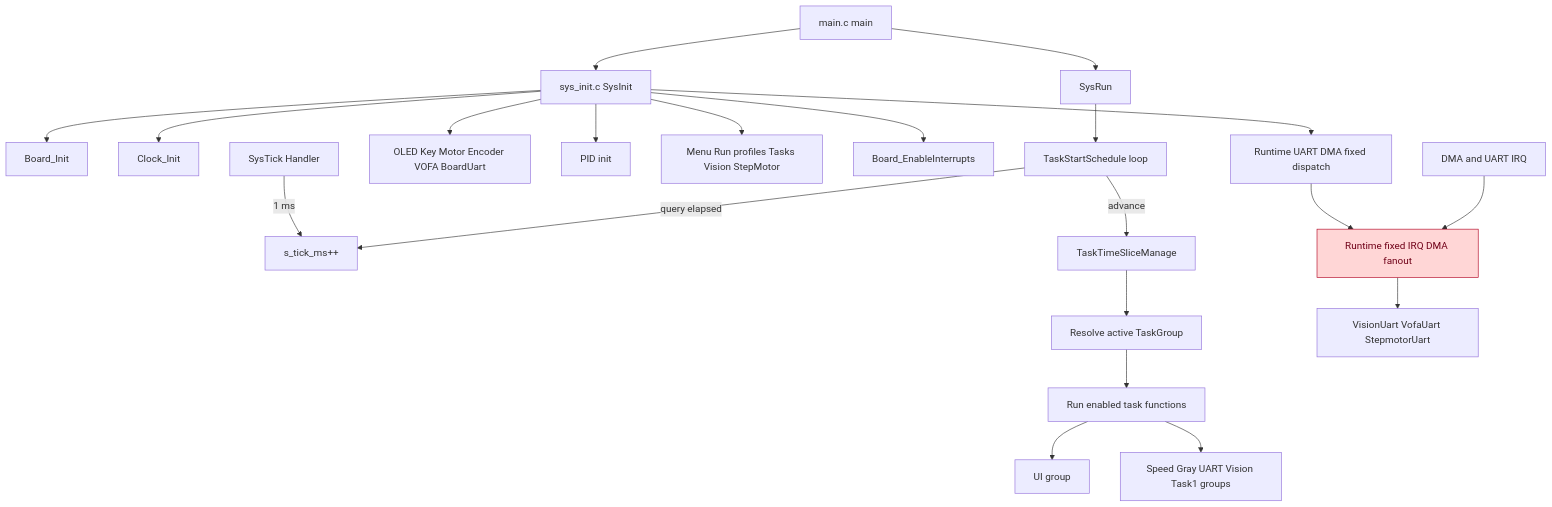
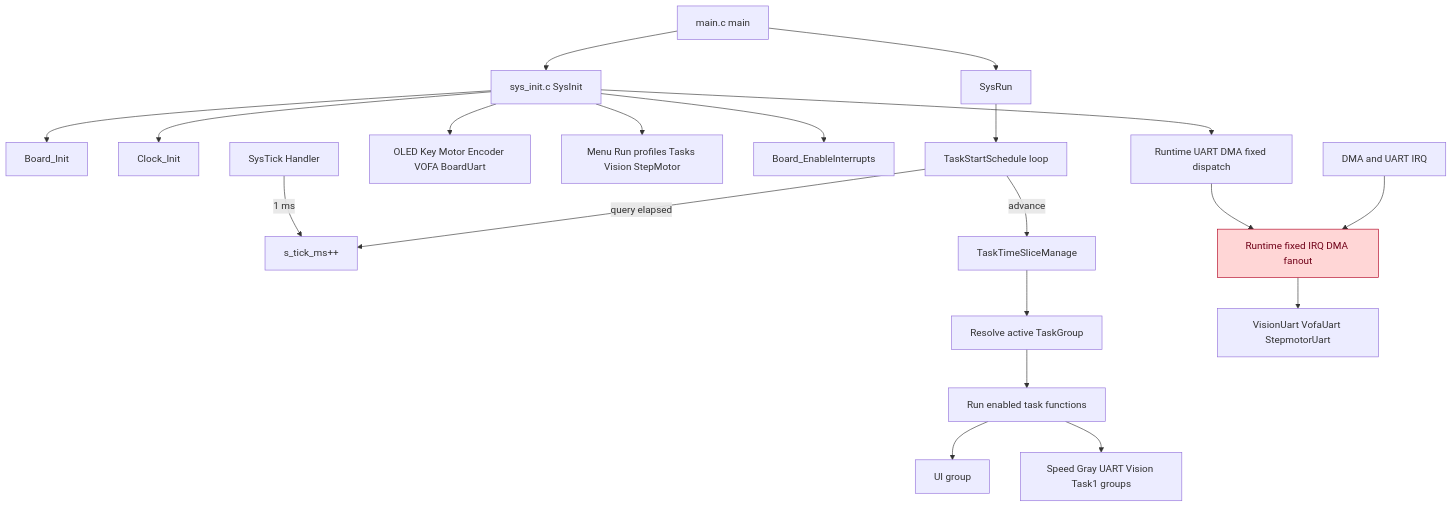
The second of 2 diagrams in agent/topology/app.md (AigisYangyan/2026_NUEDC), drawn with Mermaid before and after one commit. The commit also changed other lines of this file and 3 other files, not shown here.

````diff
--- a/agent/topology/app.md
+++ b/agent/topology/app.md
@@ -298,28 +295,27 @@
 ```mermaid
 flowchart TD
   Main[main.c main] --> SysInit[sys_init.c SysInit]
   SysInit --> BoardInit[Board_Init]
   SysInit --> ClockInit[Clock_Init]
   SysInit --> RuntimeInit[Runtime UART DMA fixed dispatch]
   SysInit --> DriverInit[OLED Key Motor Encoder VOFA BoardUart]
-  SysInit --> MiddlewareInit[PID init]
   SysInit --> AppInit[Menu Run profiles Tasks Vision StepMotor]
   SysInit --> BoardIRQ[Board_EnableInterrupts]
   Main --> SysRun[SysRun]
   SysRun --> SchedulerLoop[TaskStartSchedule loop]
 
   SysTick[SysTick Handler] -->|1 ms| TickMs[s_tick_ms++]
   SchedulerLoop -->|query elapsed| TickMs
   SchedulerLoop -->|advance| TimeSlice[TaskTimeSliceManage]
   TimeSlice --> ActiveGroup[Resolve active TaskGroup]
   ActiveGroup --> TaskFlags[Run enabled task functions]
   TaskFlags --> UIGroup[UI group]
   TaskFlags --> FeatureGroups[Speed Gray UART Vision Task1 groups]
 
   RuntimeInit --> FixedDispatch[Runtime fixed IRQ DMA fanout]
   DMAIRQ[DMA and UART IRQ] --> FixedDispatch
   FixedDispatch --> RoleDrivers[VisionUart VofaUart StepmotorUart]
 
   classDef violation fill:#ffd6d6,stroke:#b00020,color:#700018
   class FixedDispatch violation
 ```
````
